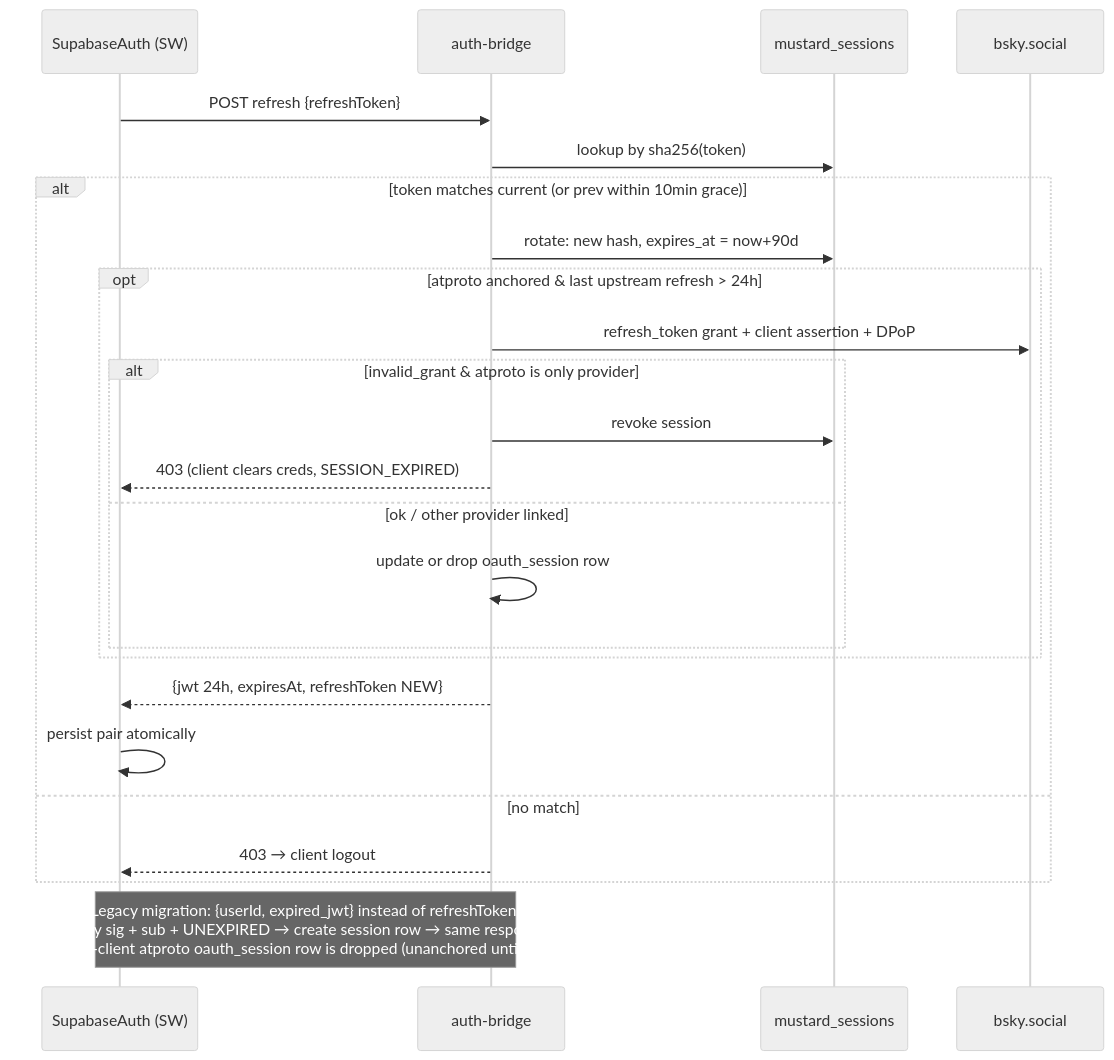
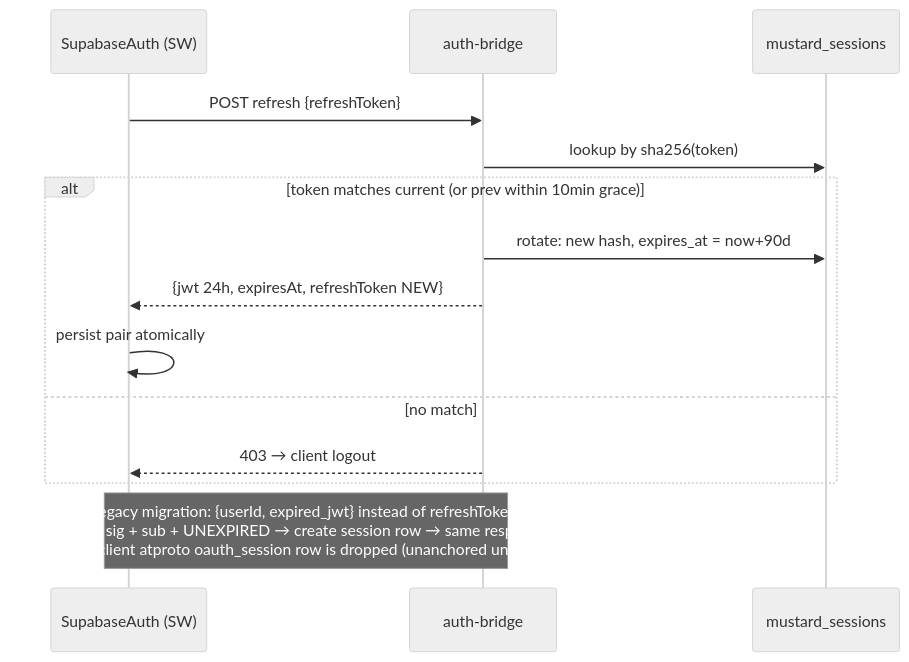
Before and after one commit to fettstorch/mustard: the second of 3 diagrams in specs/atproto-auth/sketch.md, drawn with Mermaid (neutral theme). The commit also changed other lines of this file and 3 other files, not shown here.

````diff
--- a/specs/atproto-auth/sketch.md
+++ b/specs/atproto-auth/sketch.md
@@ -88,29 +87,19 @@
 ```mermaid
 sequenceDiagram
     participant SA as SupabaseAuth (SW)
     participant AB as auth-bridge
     participant DB as mustard_sessions
-    participant AS as bsky.social
 
     SA->>AB: POST refresh {refreshToken}
     AB->>DB: lookup by sha256(token)
 
     alt token matches current (or prev within 10min grace)
         AB->>DB: rotate: new hash, expires_at = now+90d
-        opt atproto anchored & last upstream refresh > 24h
-            AB->>AS: refresh_token grant + client assertion + DPoP
-            alt invalid_grant & atproto is only provider
-                AB->>DB: revoke session
-                AB-->>SA: 403 (client clears creds, SESSION_EXPIRED)
-            else ok / other provider linked
-                AB->>AB: update or drop oauth_session row
-            end
-        end
         AB-->>SA: {jwt 24h, expiresAt, refreshToken NEW}
         SA->>SA: persist pair atomically
     else no match
         AB-->>SA: 403 → client logout
     end
 
     Note over SA,AB: Legacy migration: {userId, expired_jwt} instead of refreshToken.<br/>Verify sig + sub + UNEXPIRED → create session row → same response.<br/>Dead public-client atproto oauth_session row is dropped (unanchored until next login).
 ```
````
